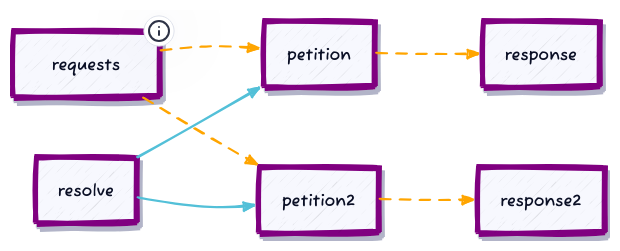
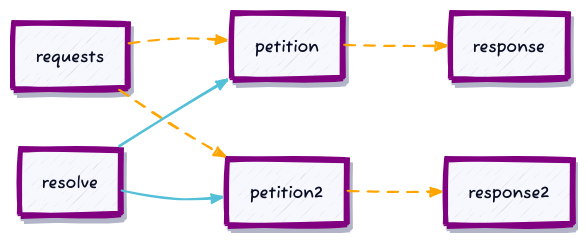
Before and after one commit to emastho/vixenydocs: the diagram in d2/use_of_resolve.d2, drawn with D2. The commit also changed 8 other files, not shown here.

```diff
--- a/d2/use_of_resolve.d2
+++ b/d2/use_of_resolve.d2
@@ -1,69 +1,40 @@
 direction: right
 
 style: {
   fill: transparent
 }
 
 vars: {
   d2-config: {
     sketch: true
   }
 }
-requests: {
-  style: {
-    stroke: purple
-    stroke-width: 5
-    shadow: true
+
+classes: {
+  square: {
+    style: {
+      stroke: purple
+      stroke-width: 5
+      shadow: true
+    }
   }
-  tooltip: Request from serve
-}
-petition: {
-  style: {
-    stroke: purple
-    stroke-width: 5
-    shadow: true
+  seg stroke: {
+    style.animated: true
+    style.stroke: orange
   }
-}
-petition2: {
-  style: {
-    stroke: purple
-    stroke-width: 5
-    shadow: true
-  }
-}
-response: {
-  style: {
-    stroke: purple
-    stroke-width: 5
-    shadow: true
-  }
-}
-response2: {
-  style: {
-    stroke: purple
-    stroke-width: 5
-    shadow: true
+  direct stroke: {
+    style.stroke: "#53C0D8"
   }
 }
 
-resolve: {
-  style: {
-    stroke: purple
-    stroke-width: 5
-    shadow: true
-  }
-}
-requests -> petition -> response: {
-  style.animated: true
-  style.stroke: orange
-}
-requests -> petition2 -> response2: {
-  style.animated: true
-  style.stroke: orange
-}
-resolve -> petition: {
-  style.stroke: "#53C0D8"
-}
-resolve -> petition2: {
-  style.stroke: "#53C0D8"
-}
+requests.class: square
+petition.class: square
+petition2.class: square
+response.class: square
+response2.class: square
+resolve.class: square
+
+(requests -> petition -> response).class: seg stroke
+(requests -> petition2 -> response2).class: seg stroke
+(resolve -> petition).class: direct stroke
+(resolve -> petition2).class: direct stroke
```
